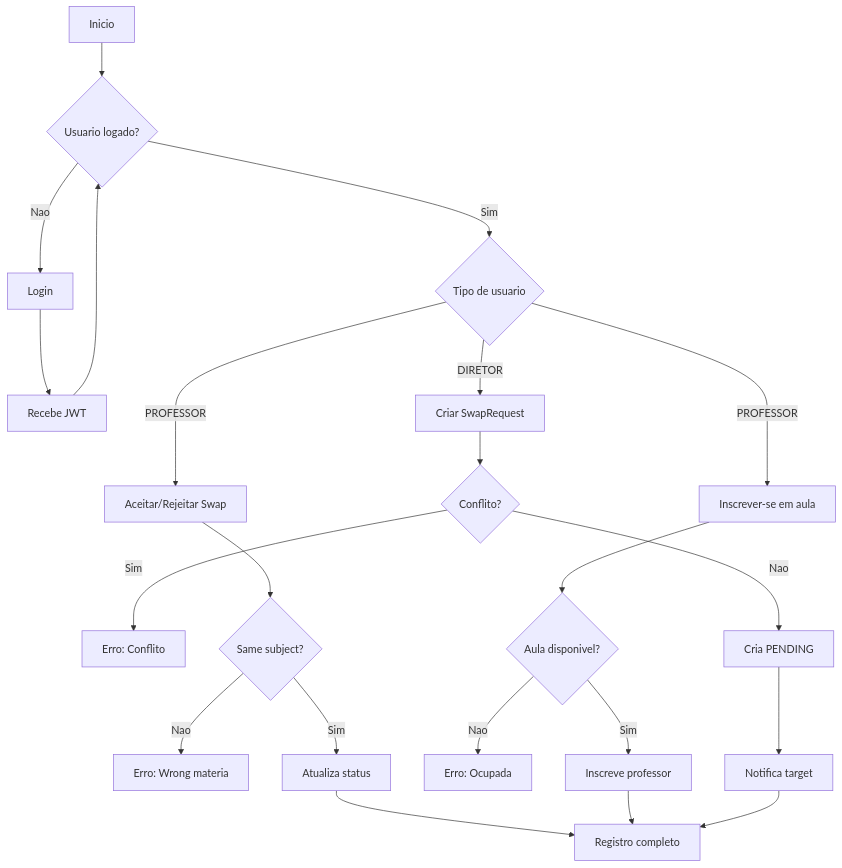
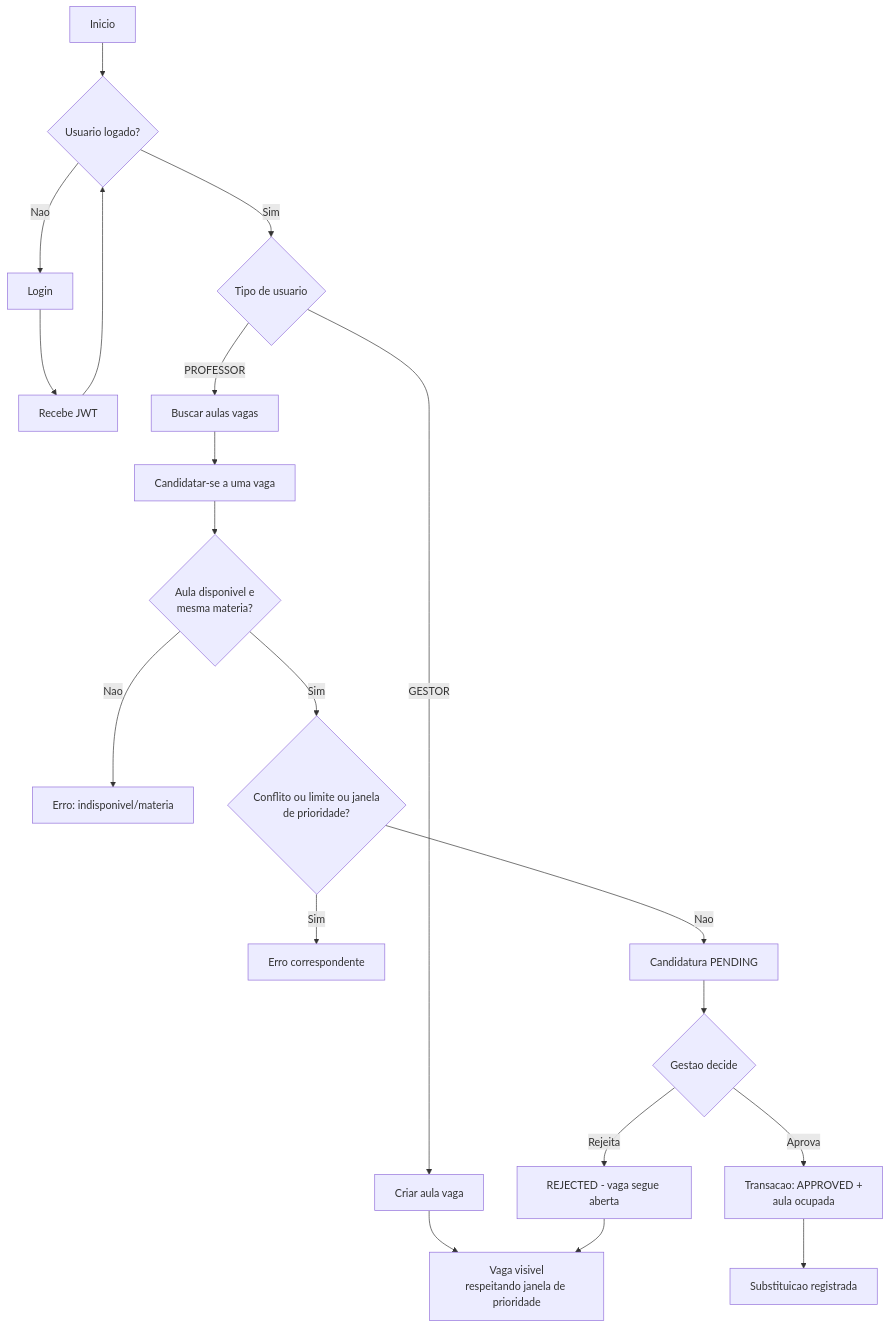
One commit to TROCA-AULA/troca-aula-backend changed the fourth of 14 diagrams in docs/07-fluxos-negocio.md. Above: the diagram before and after it, drawn with Mermaid. The commit also changed other lines of this file and 9 other files, not shown here.

````diff
--- a/docs/07-fluxos-negocio.md
+++ b/docs/07-fluxos-negocio.md
@@ -115,32 +133,29 @@
 ```mermaid
 flowchart TD
     A[Inicio] --> B{Usuario logado?}
     
     B -->|Nao| C[Login]
     C --> D[Recebe JWT]
     D --> B
     
     B -->|Sim| E{Tipo de usuario}
     
-    E -->|DIRETOR| F[Criar SwapRequest]
-    E -->|PROFESSOR| G[Aceitar/Rejeitar Swap]
-    E -->|PROFESSOR| H[Inscrever-se em aula]
+    E -->|GESTOR| F[Criar aula vaga]
+    E -->|PROFESSOR| G[Buscar aulas vagas]
+    G --> H[Candidatar-se a uma vaga]
     
-    F --> I{Conflito?}
-    I -->|Sim| J[Erro: Conflito]
-    I -->|Nao| K[Cria PENDING]
+    F --> I[Vaga visivel<br/>respeitando janela de prioridade]
     
-    G --> L{Same subject?}
-    L -->|Nao| M[Erro: Wrong materia]
-    L -->|Sim| N[Atualiza status]
+    H --> J{Aula disponivel e<br/>mesma materia?}
+    J -->|Nao| K[Erro: indisponivel/materia]
+    J -->|Sim| L{Conflito ou limite ou janela<br/>de prioridade?}
+    L -->|Sim| M[Erro correspondente]
+    L -->|Nao| N[Candidatura PENDING]
     
-    H --> O{Aula disponivel?}
-    O -->|Nao| P[Erro: Ocupada]
-    O -->|Sim| Q[Inscreve professor]
+    N --> O{Gestao decide}
+    O -->|Aprova| P["Transacao: APPROVED +<br/>aula ocupada"]
+    O -->|Rejeita| Q[REJECTED - vaga segue aberta]
     
-    K --> R[Notifica target]
-    N --> S[Registro completo]
-    Q --> S
-    
-    R --> S
+    P --> R[Substituicao registrada]
+    Q --> I
 ```
````
